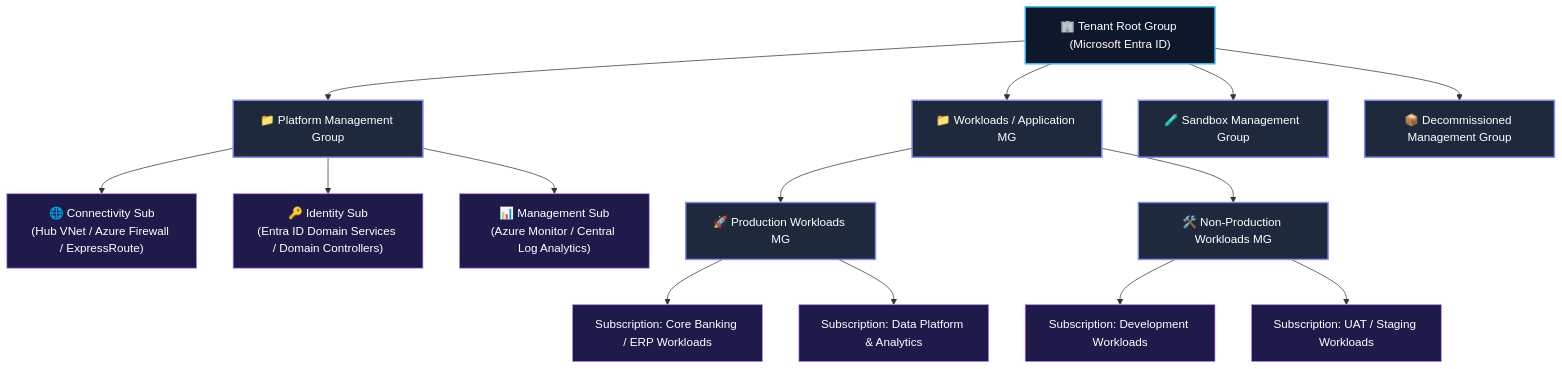
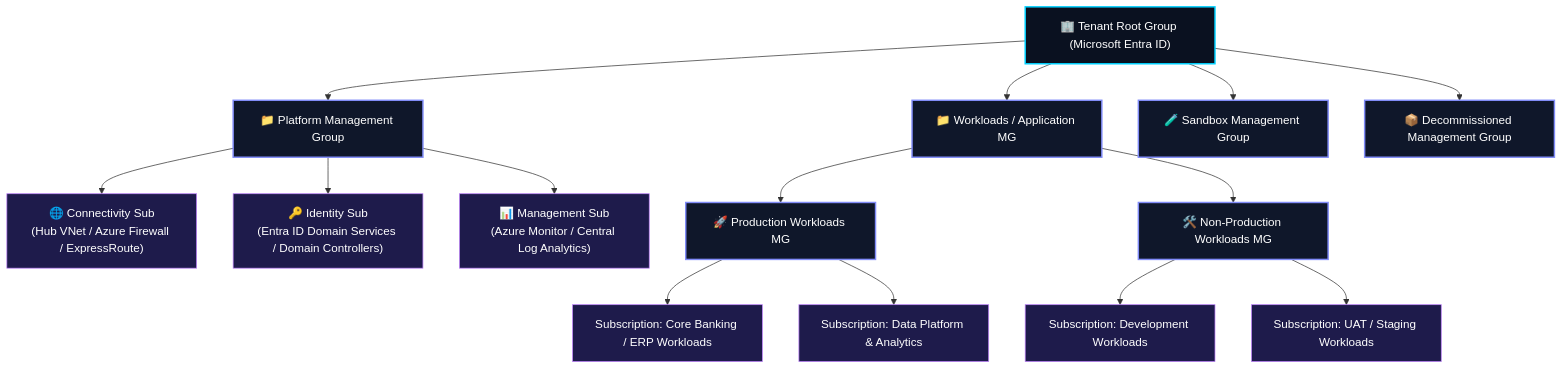
Before and after one commit to aahmad39/aahmad39: the first of 4 diagrams in README.md, drawn with Mermaid. The commit also changed other lines of this file, not shown here.

Commit message:
style: elevate typography with Outfit and Space Grotesk, add dual typing animations, trophy showcase, animated activity graph and gradient wave dividers

````diff
--- a/README.md
+++ b/README.md
@@ -136,28 +154,28 @@
 ```mermaid
 graph TD
     Root["🏢 Tenant Root Group (Microsoft Entra ID)"]
     
     Root --> PlatformMG["📁 Platform Management Group"]
     Root --> WorkloadsMG["📁 Workloads / Application MG"]
     Root --> SandboxMG["🧪 Sandbox Management Group"]
     Root --> DecomMG["📦 Decommissioned Management Group"]
 
     PlatformMG --> ConnSub["🌐 Connectivity Sub\n(Hub VNet / Azure Firewall / ExpressRoute)"]
     PlatformMG --> IdentitySub["🔑 Identity Sub\n(Entra ID Domain Services / Domain Controllers)"]
     PlatformMG --> MgmtSub["📊 Management Sub\n(Azure Monitor / Central Log Analytics)"]
 
     WorkloadsMG --> ProdMG["🚀 Production Workloads MG"]
     WorkloadsMG --> NonProdMG["🛠️ Non-Production Workloads MG"]
 
     ProdMG --> AppSub1["Subscription: Core Banking / ERP Workloads"]
     ProdMG --> AppSub2["Subscription: Data Platform & Analytics"]
     NonProdMG --> DevSub["Subscription: Development Workloads"]
     NonProdMG --> UATSub["Subscription: UAT / Staging Workloads"]
 
-    classDef rootStyle fill:#0f172a,stroke:#38bdf8,stroke-width:2px,color:#fff;
-    classDef mgStyle fill:#1e293b,stroke:#818cf8,stroke-width:2px,color:#fff;
-    classDef subStyle fill:#1e1b4b,stroke:#c084fc,stroke-width:1px,color:#fff;
+    classDef rootStyle fill:#0A1120,stroke:#00D2FF,stroke-width:2px,color:#fff;
+    classDef mgStyle fill:#0F172A,stroke:#818CF8,stroke-width:2px,color:#fff;
+    classDef subStyle fill:#1E1B4B,stroke:#C084FC,stroke-width:1px,color:#fff;
     class Root rootStyle;
     class PlatformMG,WorkloadsMG,SandboxMG,DecomMG,ProdMG,NonProdMG mgStyle;
     class ConnSub,IdentitySub,MgmtSub,AppSub1,AppSub2,DevSub,UATSub subStyle;
 ```
````
